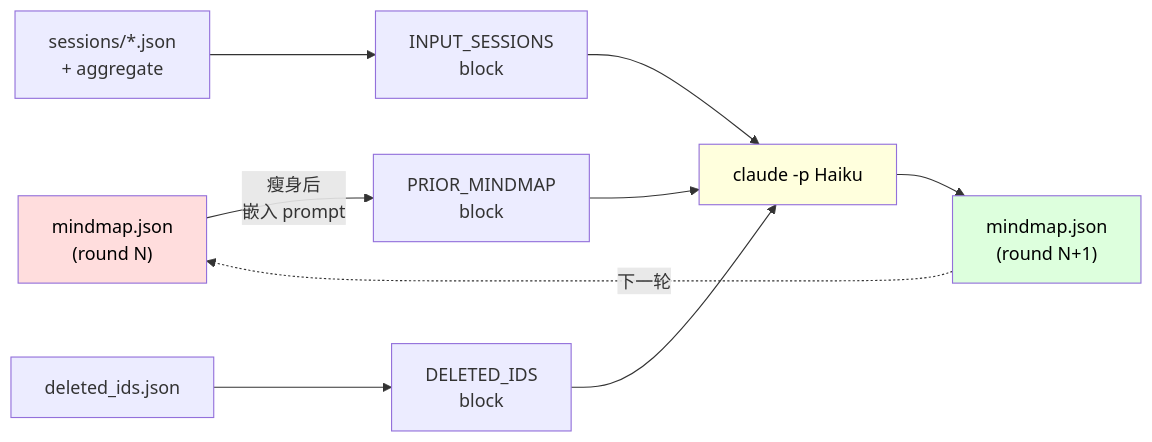
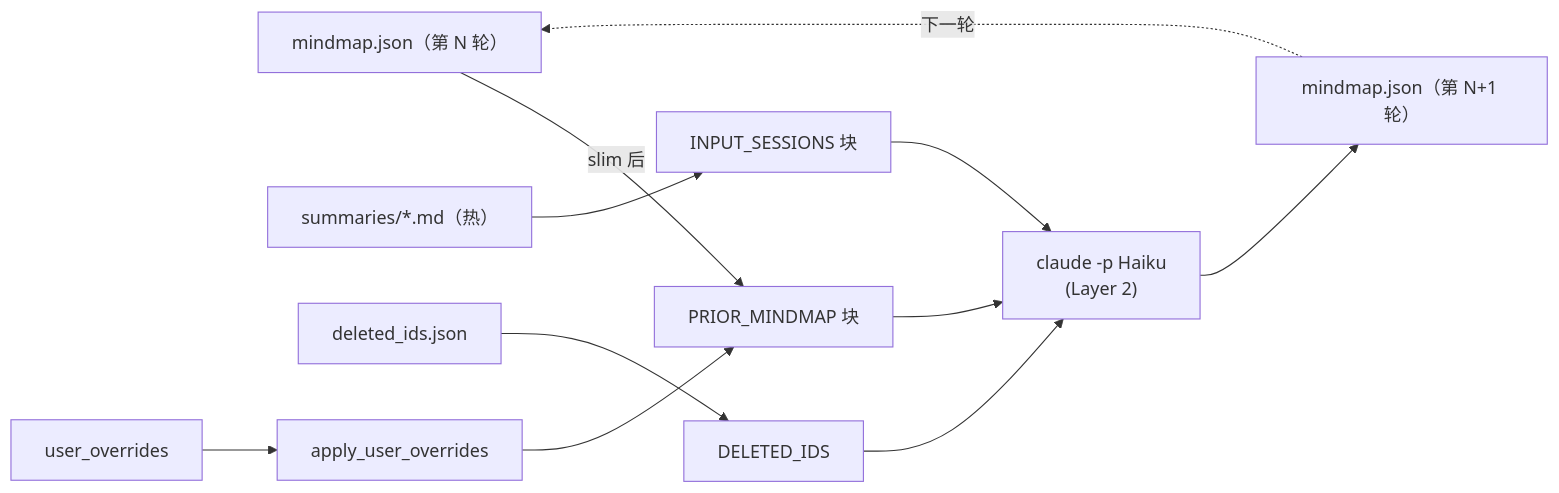
Before and after one commit to Icesource/claude-code-worktree: the seventh of 8 diagrams in docs/zh-CN/ARCHITECTURE.md, drawn with Mermaid. The commit also changed other lines of this file and 1 other file, not shown here.

````diff
--- a/docs/zh-CN/ARCHITECTURE.md
+++ b/docs/zh-CN/ARCHITECTURE.md
@@ -667,15 +477,11 @@
 ```mermaid
 flowchart LR
-    A["mindmap.json<br/>(round N)"] -->|"瘦身后<br/>嵌入 prompt"| B["PRIOR_MINDMAP<br/>block"]
-    C["sessions/*.json<br/>+ aggregate"] --> D["INPUT_SESSIONS<br/>block"]
-    E["deleted_ids.json"] --> F["DELETED_IDS<br/>block"]
-    B --> G["claude -p Haiku"]
-    D --> G
-    F --> G
-    G --> H["mindmap.json<br/>(round N+1)"]
-    H -.->|"下一轮"| A
-
-    style A fill:#fdd,color:#000
-    style H fill:#dfd,color:#000
-    style G fill:#ffd,color:#000
+    A["mindmap.json（第 N 轮）"] -->|slim 后| B["PRIOR_MINDMAP 块"]
+    C["summaries/*.md（热）"] --> D["INPUT_SESSIONS 块"]
+    E["deleted_ids.json"] --> F["DELETED_IDS"]
+    O["user_overrides"] --> Merge["apply_user_overrides"]
+    Merge --> B
+    B & D & F --> G["claude -p Haiku<br/>(Layer 2)"]
+    G --> H["mindmap.json（第 N+1 轮）"]
+    H -.->|下一轮| A
 ```
````
